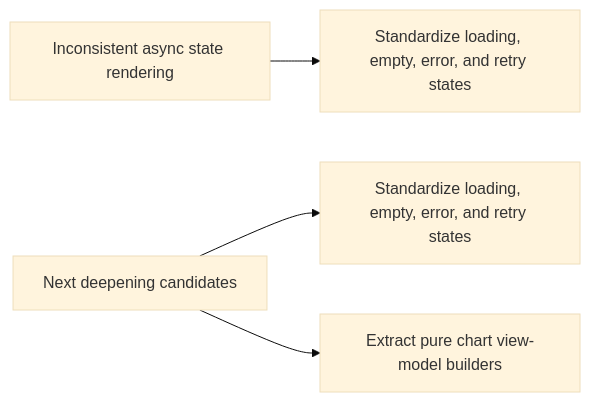
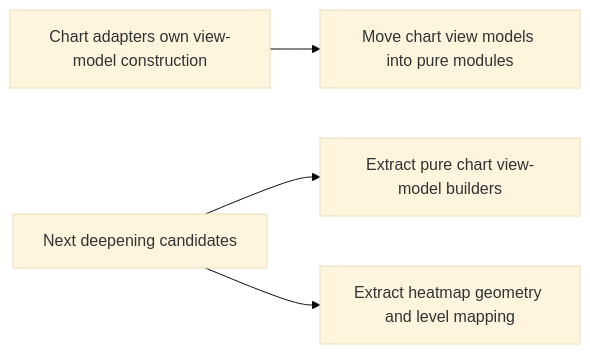
One commit to Guoyuer/eventTracker changed the fifth of 5 diagrams in docs/architecture/module-flow.md. Above: the diagram before and after it, drawn with Mermaid (base theme). The commit also changed other lines of this file and 12 other files, not shown here.

Commit message:
Standardize async UI states

````diff
--- a/docs/architecture/module-flow.md
+++ b/docs/architecture/module-flow.md
@@ -128,9 +132,9 @@
 ```mermaid
 flowchart LR
-  AsyncStates["Inconsistent async state rendering"]
-  AsyncStates --> UI["Standardize loading, empty, error, and retry states"]
+  ChartAdapters["Chart adapters own view-model construction"]
+  ChartAdapters --> Logic["Move chart view models into pure modules"]
 
   Next["Next deepening candidates"]
-  Next --> AsyncState["Standardize loading, empty, error, and retry states"]
   Next --> ChartViewModels["Extract pure chart view-model builders"]
+  Next --> HeatmapGeometry["Extract heatmap geometry and level mapping"]
 ```
````
